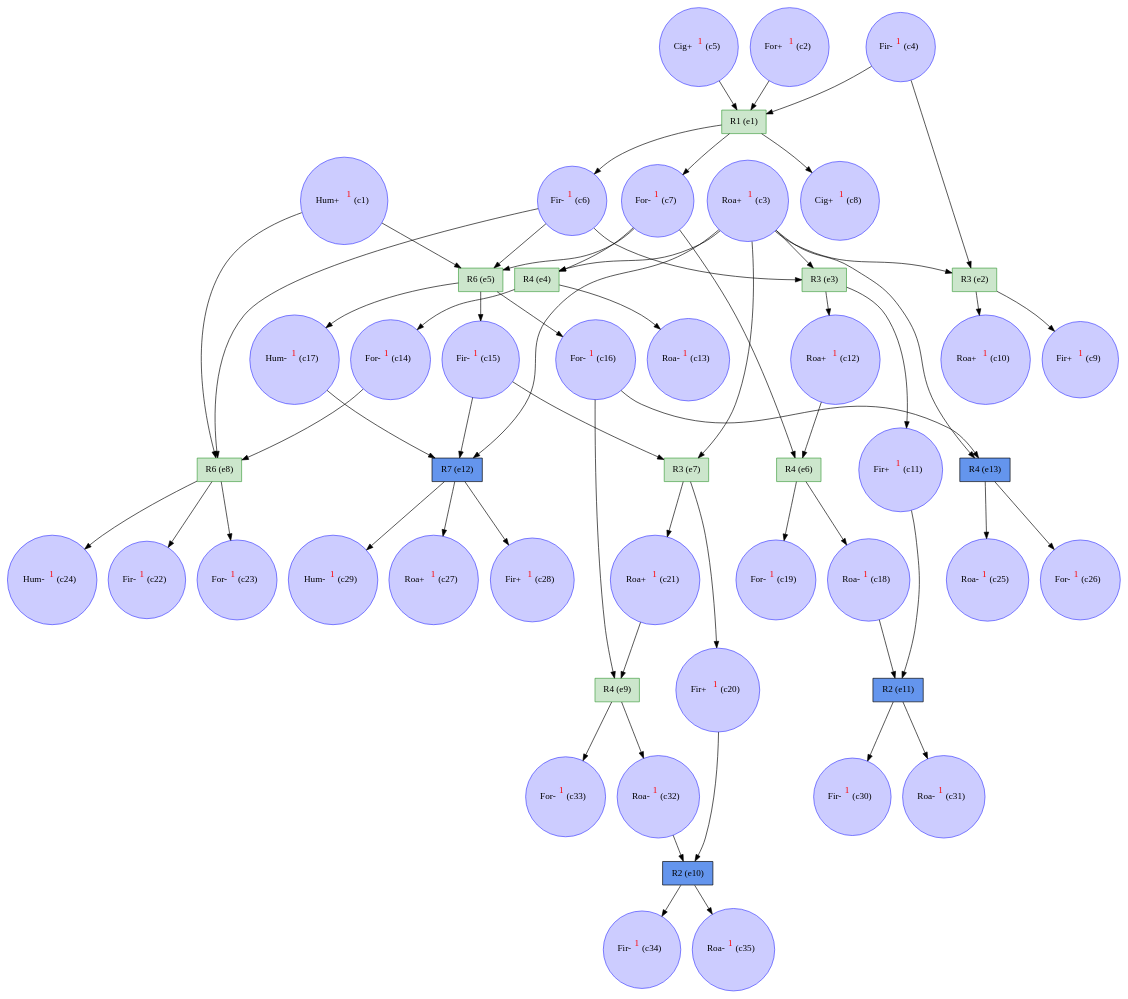
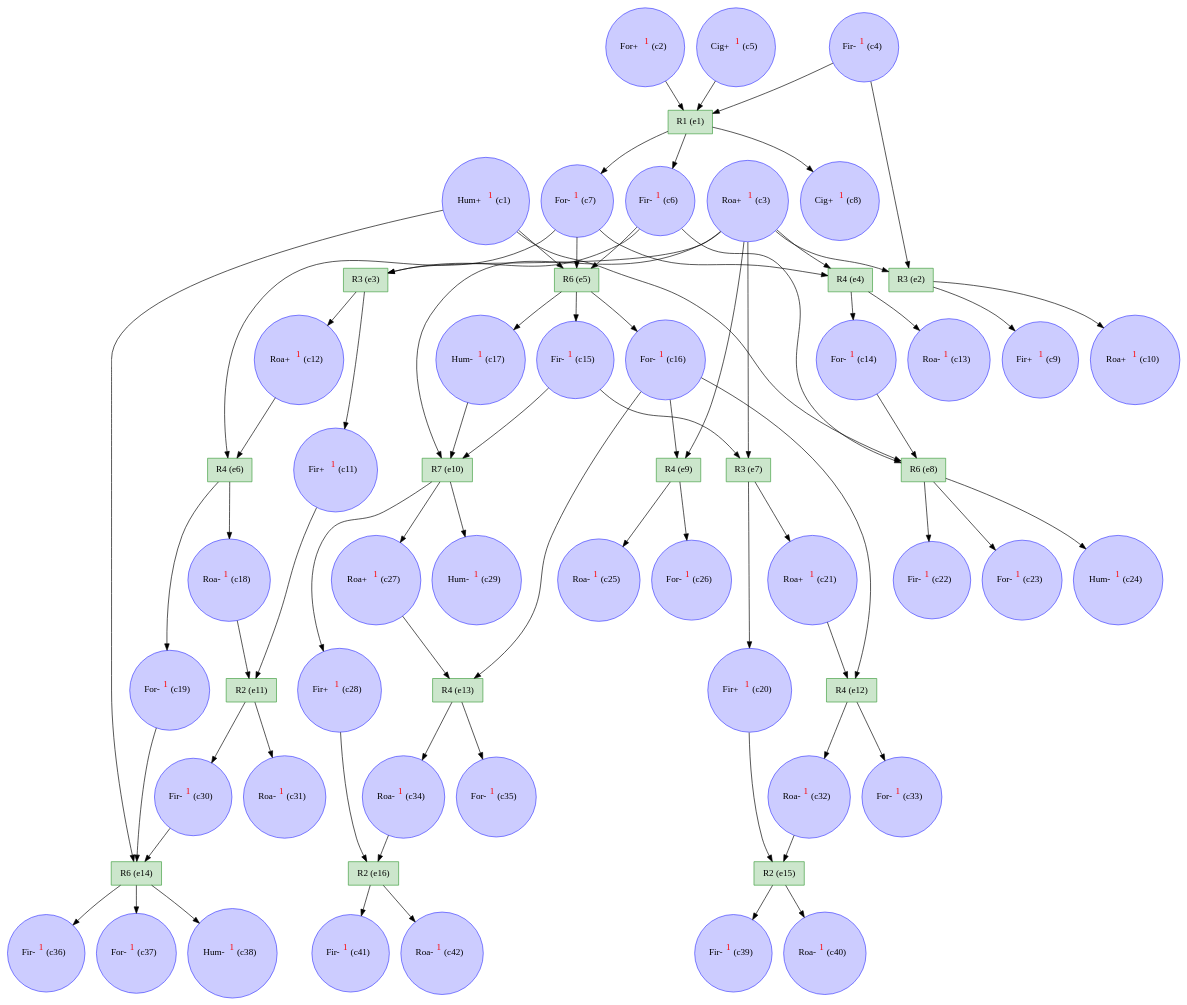
One commit to giannkas/ecofolder changed the diagram in examples/gonfaron/gonfaron_unf.dot. Above: the diagram before and after it, drawn with Graphviz. The commit also changed 34 other files, not shown here.

```diff
--- a/examples/gonfaron/gonfaron_unf.dot
+++ b/examples/gonfaron/gonfaron_unf.dot
@@ -1,110 +1,134 @@
 digraph test {
+  c1 -> e14;
   c1 -> e8;
   c1 -> e5;
   c2 -> e1;
-  c3 -> e12;
-  c3 -> e13;
+  c3 -> e10;
+  c3 -> e9;
   c3 -> e7;
   c3 -> e4;
   c3 -> e3;
   c3 -> e2;
   c4 -> e2;
   c4 -> e1;
   c5 -> e1;
   e1 -> c6;
   c6 -> e8;
   c6 -> e5;
   c6 -> e3;
   e1 -> c7;
   c7 -> e6;
   c7 -> e5;
   c7 -> e4;
   e1 -> c8;
   e2 -> c9;
   e2 -> c10;
   e3 -> c11;
   c11 -> e11;
   e3 -> c12;
   c12 -> e6;
   e4 -> c13;
   e4 -> c14;
   c14 -> e8;
   e5 -> c15;
-  c15 -> e12;
+  c15 -> e10;
   c15 -> e7;
   e5 -> c16;
+  c16 -> e13;
+  c16 -> e12;
   c16 -> e9;
-  c16 -> e13;
   e5 -> c17;
-  c17 -> e12;
+  c17 -> e10;
   e6 -> c18;
   c18 -> e11;
   e6 -> c19;
+  c19 -> e14;
   e7 -> c20;
-  c20 -> e10;
+  c20 -> e15;
   e7 -> c21;
-  c21 -> e9;
+  c21 -> e12;
   e8 -> c22;
   e8 -> c23;
   e8 -> c24;
-  e13 -> c25;
-  e13 -> c26;
-  e12 -> c27;
-  e12 -> c28;
-  e12 -> c29;
+  e9 -> c25;
+  e9 -> c26;
+  e10 -> c27;
+  c27 -> e13;
+  e10 -> c28;
+  c28 -> e16;
+  e10 -> c29;
   e11 -> c30;
+  c30 -> e14;
   e11 -> c31;
-  e9 -> c32;
-  c32 -> e10;
-  e9 -> c33;
-  e10 -> c34;
-  e10 -> c35;
+  e12 -> c32;
+  c32 -> e15;
+  e12 -> c33;
+  e13 -> c34;
+  c34 -> e16;
+  e13 -> c35;
+  e14 -> c36;
+  e14 -> c37;
+  e14 -> c38;
+  e15 -> c39;
+  e15 -> c40;
+  e16 -> c41;
+  e16 -> c42;
   c1 [color="#4040ff" fillcolor="#ccccff" label= <Hum+<FONT COLOR="red"><SUP>1</SUP></FONT>&nbsp;(c1)> shape=circle style=filled];
   c2 [color="#4040ff" fillcolor="#ccccff" label= <For+<FONT COLOR="red"><SUP>1</SUP></FONT>&nbsp;(c2)> shape=circle style=filled];
   c3 [color="#4040ff" fillcolor="#ccccff" label= <Roa+<FONT COLOR="red"><SUP>1</SUP></FONT>&nbsp;(c3)> shape=circle style=filled];
   c4 [color="#4040ff" fillcolor="#ccccff" label= <Fir-<FONT COLOR="red"><SUP>1</SUP></FONT>&nbsp;(c4)> shape=circle style=filled];
   c5 [color="#4040ff" fillcolor="#ccccff" label= <Cig+<FONT COLOR="red"><SUP>1</SUP></FONT>&nbsp;(c5)> shape=circle style=filled];
   c6 [color="#4040ff" fillcolor="#ccccff" label= <Fir-<FONT COLOR="red"><SUP>1</SUP></FONT>&nbsp;(c6)> shape=circle style=filled];
   c7 [color="#4040ff" fillcolor="#ccccff" label= <For-<FONT COLOR="red"><SUP>1</SUP></FONT>&nbsp;(c7)> shape=circle style=filled];
   c8 [color="#4040ff" fillcolor="#ccccff" label= <Cig+<FONT COLOR="red"><SUP>1</SUP></FONT>&nbsp;(c8)> shape=circle style=filled];
   c9 [color="#4040ff" fillcolor="#ccccff" label= <Fir+<FONT COLOR="red"><SUP>1</SUP></FONT>&nbsp;(c9)> shape=circle style=filled];
   c10 [color="#4040ff" fillcolor="#ccccff" label= <Roa+<FONT COLOR="red"><SUP>1</SUP></FONT>&nbsp;(c10)> shape=circle style=filled];
   c11 [color="#4040ff" fillcolor="#ccccff" label= <Fir+<FONT COLOR="red"><SUP>1</SUP></FONT>&nbsp;(c11)> shape=circle style=filled];
   c12 [color="#4040ff" fillcolor="#ccccff" label= <Roa+<FONT COLOR="red"><SUP>1</SUP></FONT>&nbsp;(c12)> shape=circle style=filled];
   c13 [color="#4040ff" fillcolor="#ccccff" label= <Roa-<FONT COLOR="red"><SUP>1</SUP></FONT>&nbsp;(c13)> shape=circle style=filled];
   c14 [color="#4040ff" fillcolor="#ccccff" label= <For-<FONT COLOR="red"><SUP>1</SUP></FONT>&nbsp;(c14)> shape=circle style=filled];
   c15 [color="#4040ff" fillcolor="#ccccff" label= <Fir-<FONT COLOR="red"><SUP>1</SUP></FONT>&nbsp;(c15)> shape=circle style=filled];
   c16 [color="#4040ff" fillcolor="#ccccff" label= <For-<FONT COLOR="red"><SUP>1</SUP></FONT>&nbsp;(c16)> shape=circle style=filled];
   c17 [color="#4040ff" fillcolor="#ccccff" label= <Hum-<FONT COLOR="red"><SUP>1</SUP></FONT>&nbsp;(c17)> shape=circle style=filled];
   c18 [color="#4040ff" fillcolor="#ccccff" label= <Roa-<FONT COLOR="red"><SUP>1</SUP></FONT>&nbsp;(c18)> shape=circle style=filled];
   c19 [color="#4040ff" fillcolor="#ccccff" label= <For-<FONT COLOR="red"><SUP>1</SUP></FONT>&nbsp;(c19)> shape=circle style=filled];
   c20 [color="#4040ff" fillcolor="#ccccff" label= <Fir+<FONT COLOR="red"><SUP>1</SUP></FONT>&nbsp;(c20)> shape=circle style=filled];
   c21 [color="#4040ff" fillcolor="#ccccff" label= <Roa+<FONT COLOR="red"><SUP>1</SUP></FONT>&nbsp;(c21)> shape=circle style=filled];
   c22 [color="#4040ff" fillcolor="#ccccff" label= <Fir-<FONT COLOR="red"><SUP>1</SUP></FONT>&nbsp;(c22)> shape=circle style=filled];
   c23 [color="#4040ff" fillcolor="#ccccff" label= <For-<FONT COLOR="red"><SUP>1</SUP></FONT>&nbsp;(c23)> shape=circle style=filled];
   c24 [color="#4040ff" fillcolor="#ccccff" label= <Hum-<FONT COLOR="red"><SUP>1</SUP></FONT>&nbsp;(c24)> shape=circle style=filled];
   c25 [color="#4040ff" fillcolor="#ccccff" label= <Roa-<FONT COLOR="red"><SUP>1</SUP></FONT>&nbsp;(c25)> shape=circle style=filled];
   c26 [color="#4040ff" fillcolor="#ccccff" label= <For-<FONT COLOR="red"><SUP>1</SUP></FONT>&nbsp;(c26)> shape=circle style=filled];
   c27 [color="#4040ff" fillcolor="#ccccff" label= <Roa+<FONT COLOR="red"><SUP>1</SUP></FONT>&nbsp;(c27)> shape=circle style=filled];
   c28 [color="#4040ff" fillcolor="#ccccff" label= <Fir+<FONT COLOR="red"><SUP>1</SUP></FONT>&nbsp;(c28)> shape=circle style=filled];
   c29 [color="#4040ff" fillcolor="#ccccff" label= <Hum-<FONT COLOR="red"><SUP>1</SUP></FONT>&nbsp;(c29)> shape=circle style=filled];
   c30 [color="#4040ff" fillcolor="#ccccff" label= <Fir-<FONT COLOR="red"><SUP>1</SUP></FONT>&nbsp;(c30)> shape=circle style=filled];
   c31 [color="#4040ff" fillcolor="#ccccff" label= <Roa-<FONT COLOR="red"><SUP>1</SUP></FONT>&nbsp;(c31)> shape=circle style=filled];
   c32 [color="#4040ff" fillcolor="#ccccff" label= <Roa-<FONT COLOR="red"><SUP>1</SUP></FONT>&nbsp;(c32)> shape=circle style=filled];
   c33 [color="#4040ff" fillcolor="#ccccff" label= <For-<FONT COLOR="red"><SUP>1</SUP></FONT>&nbsp;(c33)> shape=circle style=filled];
-  c34 [color="#4040ff" fillcolor="#ccccff" label= <Fir-<FONT COLOR="red"><SUP>1</SUP></FONT>&nbsp;(c34)> shape=circle style=filled];
-  c35 [color="#4040ff" fillcolor="#ccccff" label= <Roa-<FONT COLOR="red"><SUP>1</SUP></FONT>&nbsp;(c35)> shape=circle style=filled];
+  c34 [color="#4040ff" fillcolor="#ccccff" label= <Roa-<FONT COLOR="red"><SUP>1</SUP></FONT>&nbsp;(c34)> shape=circle style=filled];
+  c35 [color="#4040ff" fillcolor="#ccccff" label= <For-<FONT COLOR="red"><SUP>1</SUP></FONT>&nbsp;(c35)> shape=circle style=filled];
+  c36 [color="#4040ff" fillcolor="#ccccff" label= <Fir-<FONT COLOR="red"><SUP>1</SUP></FONT>&nbsp;(c36)> shape=circle style=filled];
+  c37 [color="#4040ff" fillcolor="#ccccff" label= <For-<FONT COLOR="red"><SUP>1</SUP></FONT>&nbsp;(c37)> shape=circle style=filled];
+  c38 [color="#4040ff" fillcolor="#ccccff" label= <Hum-<FONT COLOR="red"><SUP>1</SUP></FONT>&nbsp;(c38)> shape=circle style=filled];
+  c39 [color="#4040ff" fillcolor="#ccccff" label= <Fir-<FONT COLOR="red"><SUP>1</SUP></FONT>&nbsp;(c39)> shape=circle style=filled];
+  c40 [color="#4040ff" fillcolor="#ccccff" label= <Roa-<FONT COLOR="red"><SUP>1</SUP></FONT>&nbsp;(c40)> shape=circle style=filled];
+  c41 [color="#4040ff" fillcolor="#ccccff" label= <Fir-<FONT COLOR="red"><SUP>1</SUP></FONT>&nbsp;(c41)> shape=circle style=filled];
+  c42 [color="#4040ff" fillcolor="#ccccff" label= <Roa-<FONT COLOR="red"><SUP>1</SUP></FONT>&nbsp;(c42)> shape=circle style=filled];
   e1 [color="#409f40" fillcolor="#cce6cc" label="R1 (e1)" shape=box style=filled];
   e2 [color="#409f40" fillcolor="#cce6cc" label="R3 (e2)" shape=box style=filled];
   e3 [color="#409f40" fillcolor="#cce6cc" label="R3 (e3)" shape=box style=filled];
   e4 [color="#409f40" fillcolor="#cce6cc" label="R4 (e4)" shape=box style=filled];
   e5 [color="#409f40" fillcolor="#cce6cc" label="R6 (e5)" shape=box style=filled];
   e6 [color="#409f40" fillcolor="#cce6cc" label="R4 (e6)" shape=box style=filled];
   e7 [color="#409f40" fillcolor="#cce6cc" label="R3 (e7)" shape=box style=filled];
   e8 [color="#409f40" fillcolor="#cce6cc" label="R6 (e8)" shape=box style=filled];
   e9 [color="#409f40" fillcolor="#cce6cc" label="R4 (e9)" shape=box style=filled];
-  e10 [color=black fillcolor=cornflowerblue label="R2 (e10)" shape=box style=filled];
-  e11 [color=black fillcolor=cornflowerblue label="R2 (e11)" shape=box style=filled];
-  e12 [color=black fillcolor=cornflowerblue label="R7 (e12)" shape=box style=filled];
-  e13 [color=black fillcolor=cornflowerblue label="R4 (e13)" shape=box style=filled];
+  e10 [color="#409f40" fillcolor="#cce6cc" label="R7 (e10)" shape=box style=filled];
+  e11 [color="#409f40" fillcolor="#cce6cc" label="R2 (e11)" shape=box style=filled];
+  e12 [color="#409f40" fillcolor="#cce6cc" label="R4 (e12)" shape=box style=filled];
+  e13 [color="#409f40" fillcolor="#cce6cc" label="R4 (e13)" shape=box style=filled];
+  e14 [color="#409f40" fillcolor="#cce6cc" label="R6 (e14)" shape=box style=filled];
+  e15 [color="#409f40" fillcolor="#cce6cc" label="R2 (e15)" shape=box style=filled];
+  e16 [color="#409f40" fillcolor="#cce6cc" label="R2 (e16)" shape=box style=filled];
 }
```
